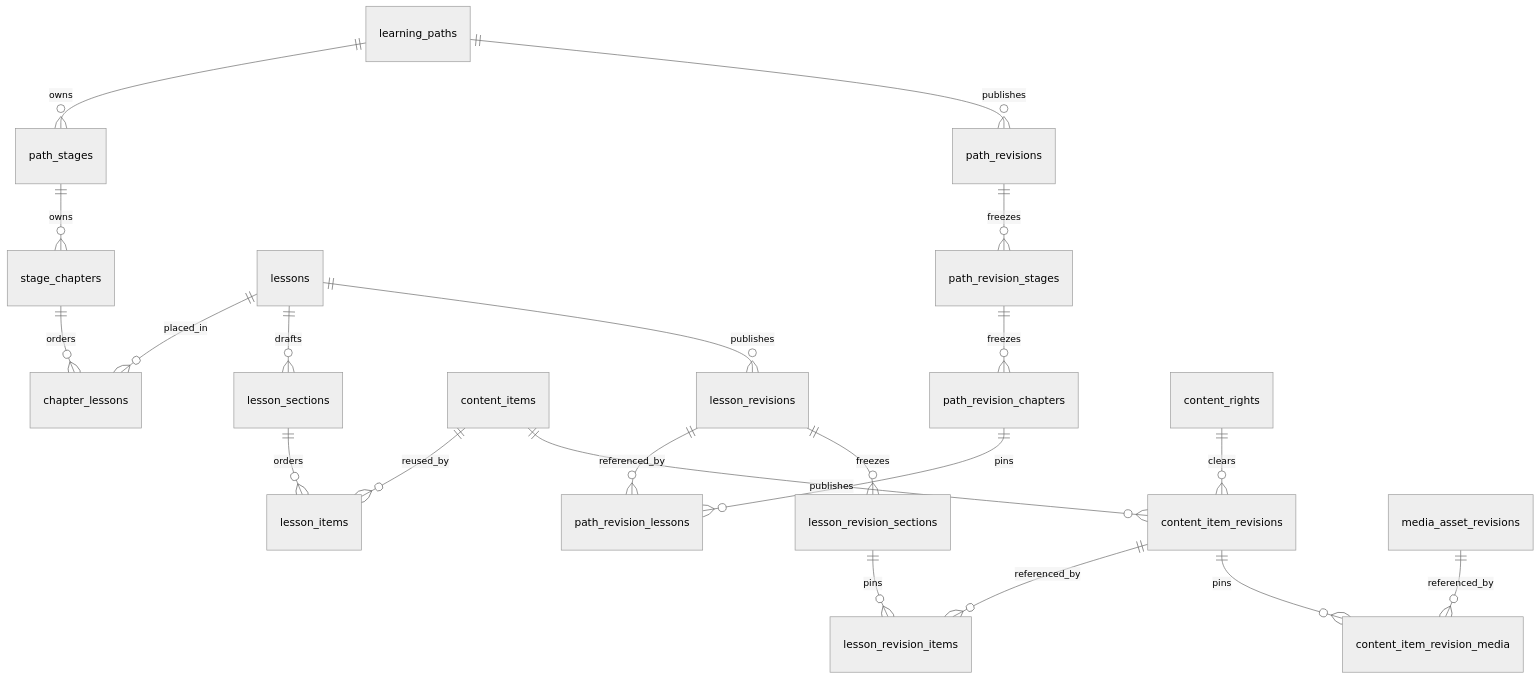
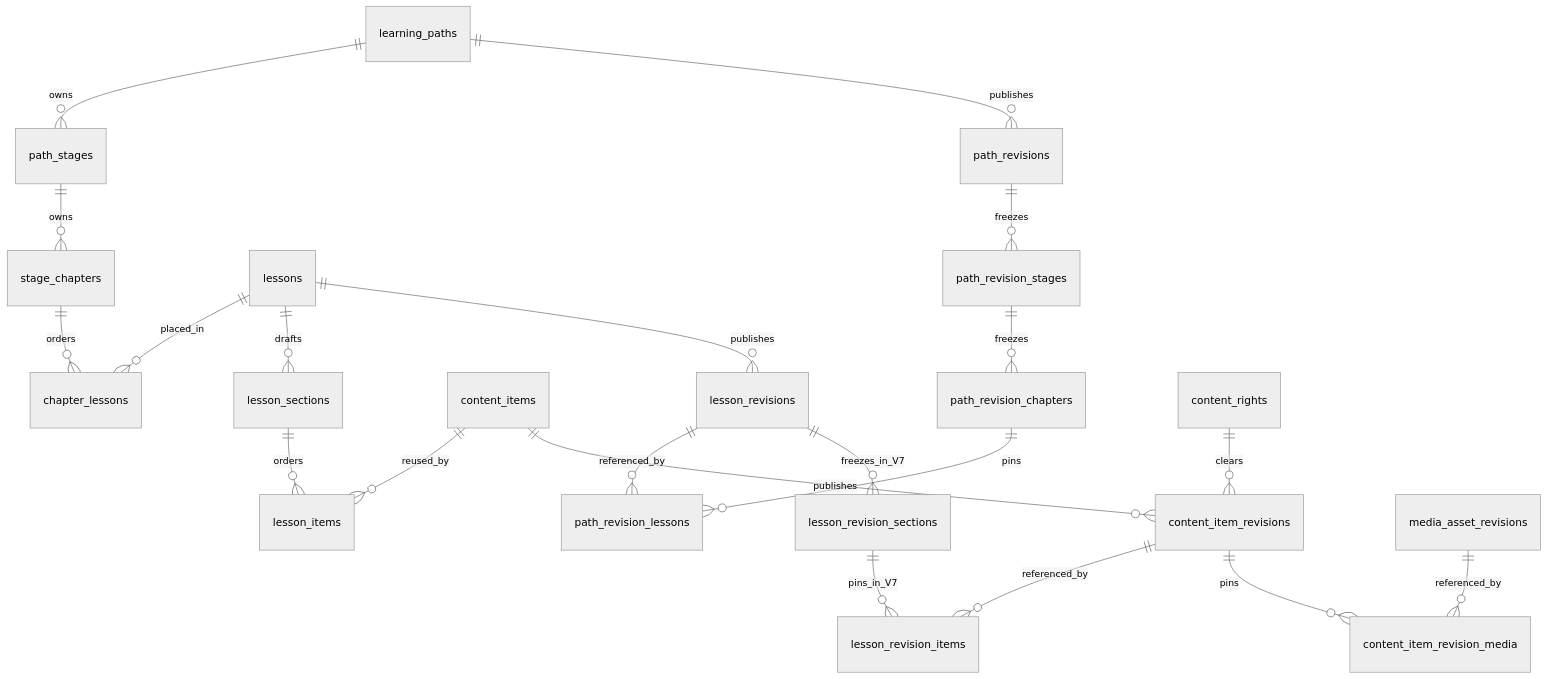
One commit to HoangDang1123/nichigo-japanese-learning changed the diagram in docs/03-ARCHITECTURE.md. Above: the diagram before and after it, drawn with Mermaid (neutral theme). The commit also changed other lines of this file and 3 other files, not shown here.

Commit message:
docs(jpn-arch-003): record final architecture recommendation

````diff
--- a/docs/03-ARCHITECTURE.md
+++ b/docs/03-ARCHITECTURE.md
@@ -52,23 +52,23 @@
 ```mermaid
 erDiagram
   learning_paths ||--o{ path_stages : owns
   path_stages ||--o{ stage_chapters : owns
   stage_chapters ||--o{ chapter_lessons : orders
   lessons ||--o{ chapter_lessons : placed_in
   lessons ||--o{ lesson_sections : drafts
   lesson_sections ||--o{ lesson_items : orders
   content_items ||--o{ lesson_items : reused_by
   learning_paths ||--o{ path_revisions : publishes
   path_revisions ||--o{ path_revision_stages : freezes
   path_revision_stages ||--o{ path_revision_chapters : freezes
   path_revision_chapters ||--o{ path_revision_lessons : pins
   lesson_revisions ||--o{ path_revision_lessons : referenced_by
   lessons ||--o{ lesson_revisions : publishes
-  lesson_revisions ||--o{ lesson_revision_sections : freezes
-  lesson_revision_sections ||--o{ lesson_revision_items : pins
+  lesson_revisions ||--o{ lesson_revision_sections : freezes_in_V7
+  lesson_revision_sections ||--o{ lesson_revision_items : pins_in_V7
   content_item_revisions ||--o{ lesson_revision_items : referenced_by
   content_items ||--o{ content_item_revisions : publishes
   media_asset_revisions ||--o{ content_item_revision_media : referenced_by
   content_item_revisions ||--o{ content_item_revision_media : pins
   content_rights ||--o{ content_item_revisions : clears
 ```
````
